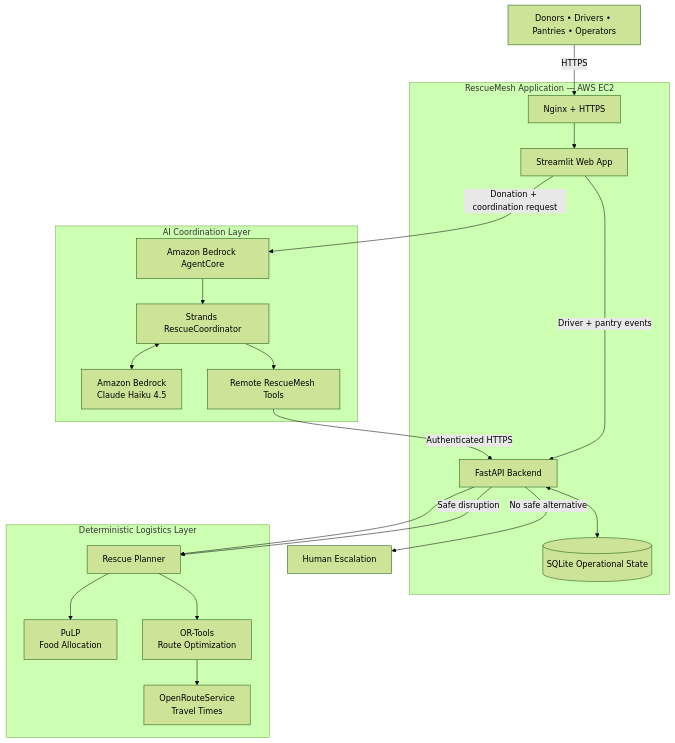
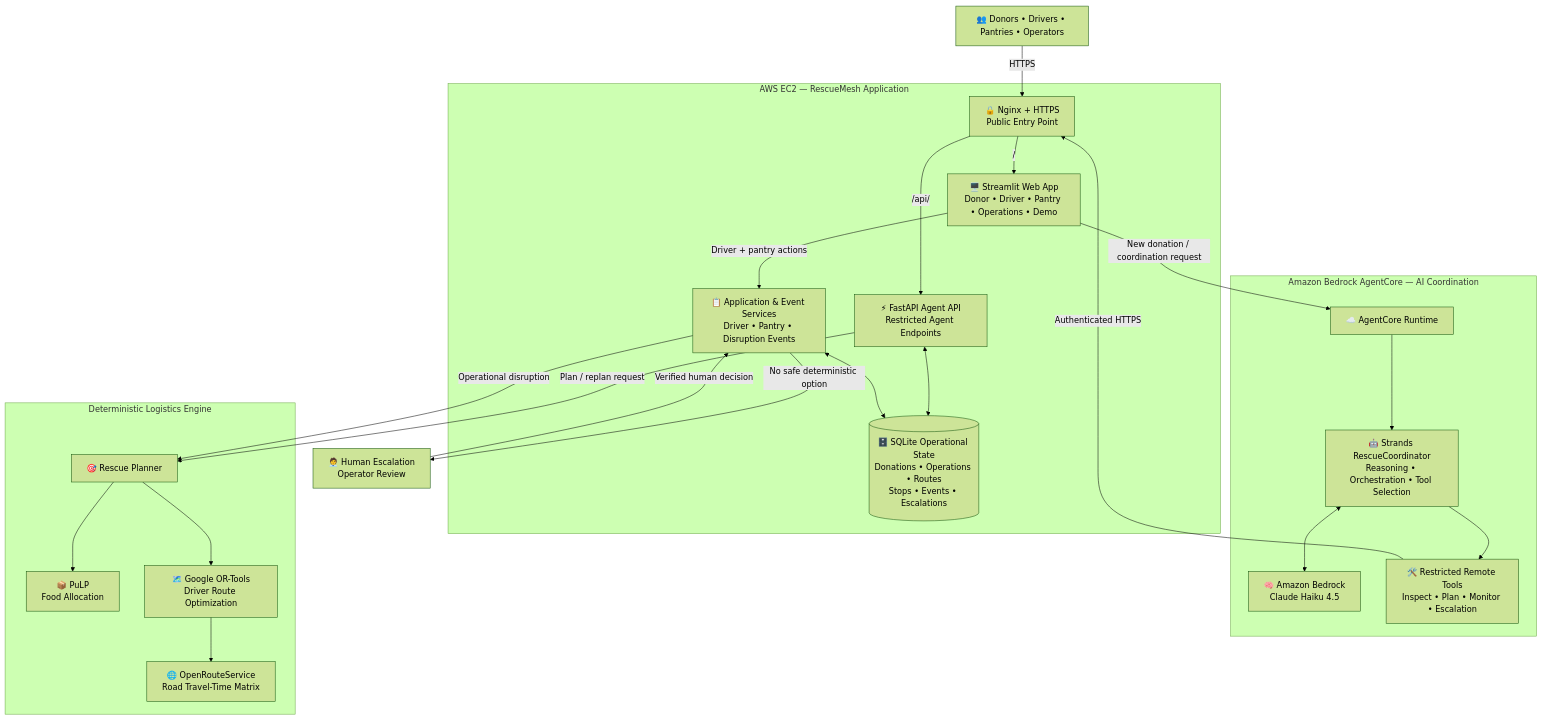
The diagram in README.md (maithili74/rescuemesh), drawn with Mermaid (forest theme) before and after one commit. The commit also changed other lines of this file, not shown here.

````diff
--- a/README.md
+++ b/README.md
@@ -188,49 +248,130 @@
 ```mermaid
 flowchart TB
 
-    USERS["Donors • Drivers • Pantries • Operators"]
+    %% =========================
+    %% USERS
+    %% =========================
 
-    subgraph WEB["RescueMesh Application — AWS EC2"]
-        NGINX["Nginx + HTTPS"]
-        UI["Streamlit Web App"]
-        API["FastAPI Backend"]
-        DB[("SQLite Operational State")]
+    USERS["👥 Donors • Drivers • Pantries • Operators"]
+
+
+    %% =========================
+    %% APPLICATION
+    %% =========================
+
+    subgraph EC2["AWS EC2 — RescueMesh Application"]
+
+        NGINX["🔒 Nginx + HTTPS<br/>Public Entry Point"]
+
+        UI["🖥️ Streamlit Web App<br/>Donor • Driver • Pantry • Operations • Demo"]
+
+        EVENTS["📋 Application & Event Services<br/>Driver • Pantry • Disruption Events"]
+
+        API["⚡ FastAPI Agent API<br/>Restricted Agent Endpoints"]
+
+        DB[("🗄️ SQLite Operational State<br/>Donations • Operations • Routes<br/>Stops • Events • Escalations")]
+
     end
 
-    subgraph AI["AI Coordination Layer"]
-        AC["Amazon Bedrock AgentCore"]
-        STRANDS["Strands RescueCoordinator"]
-        BEDROCK["Amazon Bedrock<br/>Claude Haiku 4.5"]
-        TOOLS["Remote RescueMesh Tools"]
+
+    %% =========================
+    %% AGENTIC AI
+    %% =========================
+
+    subgraph AGENTCORE["Amazon Bedrock AgentCore — AI Coordination"]
+
+        RUNTIME["☁️ AgentCore Runtime"]
+
+        AGENT["🤖 Strands RescueCoordinator<br/>Reasoning • Orchestration • Tool Selection"]
+
+        MODEL["🧠 Amazon Bedrock<br/>Claude Haiku 4.5"]
+
+        TOOLS["🛠️ Restricted Remote Tools<br/>Inspect • Plan • Monitor • Escalation"]
+
     end
 
-    subgraph LOGISTICS["Deterministic Logistics Layer"]
-        PLANNER["Rescue Planner"]
-        PULP["PuLP<br/>Food Allocation"]
-        ORTOOLS["OR-Tools<br/>Route Optimization"]
-        ORS["OpenRouteService<br/>Travel Times"]
+
+    %% =========================
+    %% DETERMINISTIC LOGISTICS
+    %% =========================
+
+    subgraph LOGISTICS["Deterministic Logistics Engine"]
+
+        PLANNER["🎯 Rescue Planner"]
+
+        PULP["📦 PuLP<br/>Food Allocation"]
+
+        ORTOOLS["🗺️ Google OR-Tools<br/>Driver Route Optimization"]
+
+        ORS["🌐 OpenRouteService<br/>Road Travel-Time Matrix"]
+
     end
 
+
+    %% =========================
+    %% HUMAN OVERSIGHT
+    %% =========================
+
+    HUMAN["🧑‍💼 Human Escalation<br/>Operator Review"]
+
+
+    %% =========================
+    %% USER ENTRY
+    %% =========================
+
     USERS -->|"HTTPS"| NGINX
-    NGINX --> UI
 
-    UI -->|"Donation + coordination request"| AC
+    NGINX -->|"/"| UI
 
-    AC --> STRANDS
-    STRANDS <--> BEDROCK
-    STRANDS --> TOOLS
+    NGINX -->|"/api/"| API
 
-    TOOLS -->|"Authenticated HTTPS"| API
+
+    %% =========================
+    %% AI COORDINATION PATH
+    %% =========================
+
+    UI -->|"New donation / coordination request"| RUNTIME
+
+    RUNTIME --> AGENT
+
+    AGENT <--> MODEL
+
+    AGENT --> TOOLS
+
+    TOOLS -->|"Authenticated HTTPS"| NGINX
+
+
+    %% =========================
+    %% OPERATIONAL STATE
+    %% =========================
 
     API <--> DB
-    API --> PLANNER
+
+    UI -->|"Driver + pantry actions"| EVENTS
+
+    EVENTS <--> DB
+
+
+    %% =========================
+    %% DETERMINISTIC PLANNING
+    %% =========================
+
+    API -->|"Plan / replan request"| PLANNER
+
+    EVENTS -->|"Operational disruption"| PLANNER
 
     PLANNER --> PULP
+
     PLANNER --> ORTOOLS
+
     ORTOOLS --> ORS
 
-    UI -->|"Driver + pantry events"| API
 
-    API -->|"Safe disruption"| PLANNER
-    API -->|"No safe alternative"| HUMAN["Human Escalation"]
+    %% =========================
+    %% HUMAN CONTROL
+    %% =========================
+
+    EVENTS -->|"No safe deterministic option"| HUMAN
+
+    HUMAN -->|"Verified human decision"| EVENTS
 ```
````
